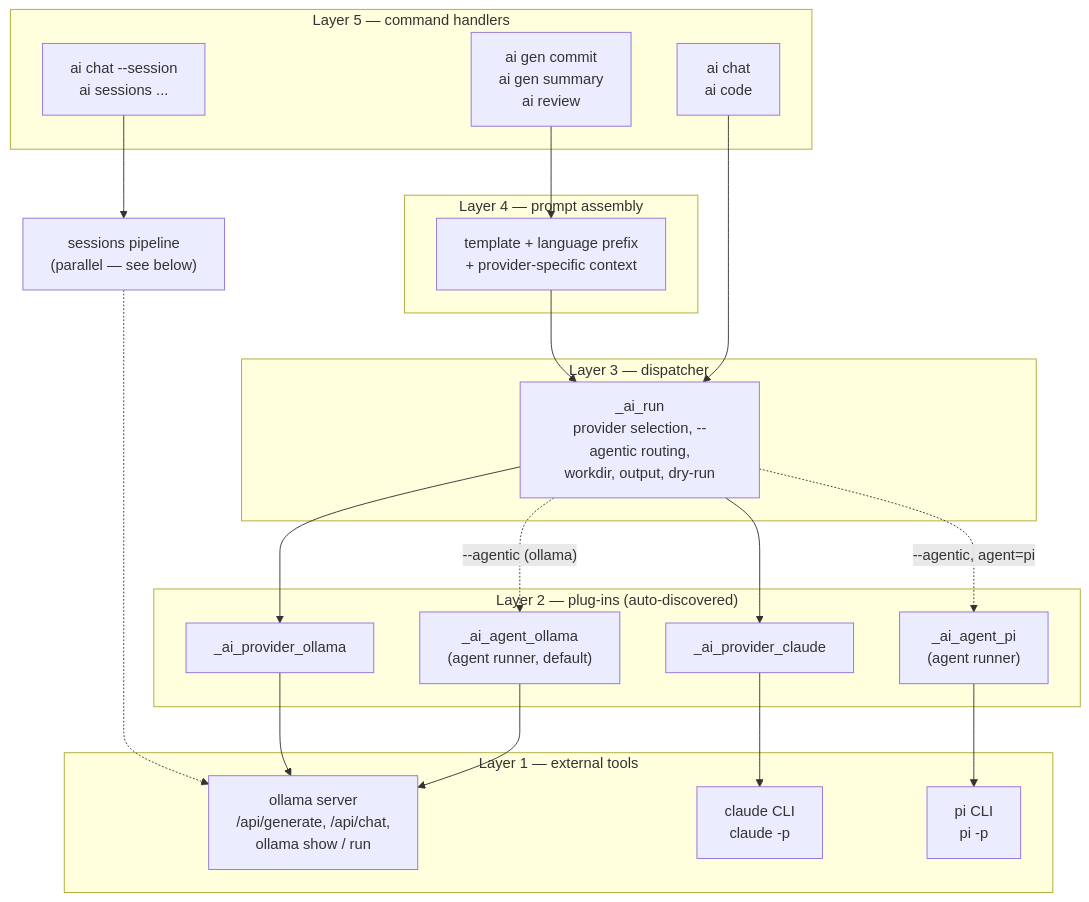
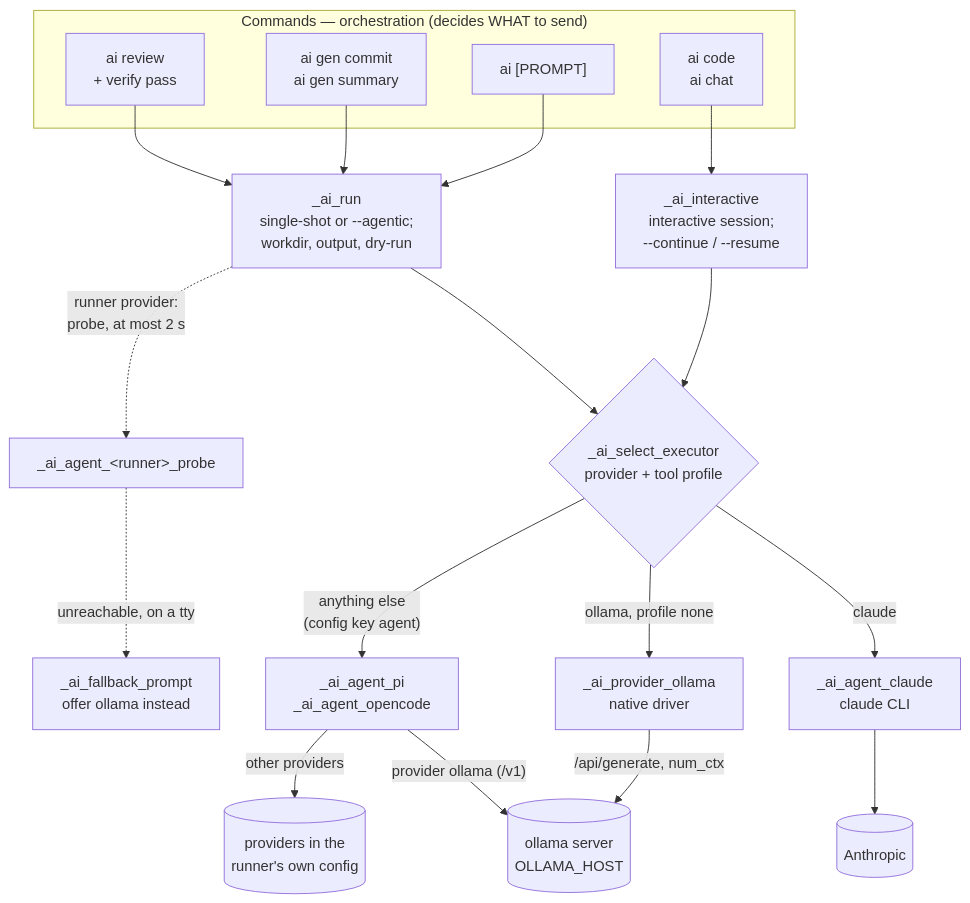
The diagram in docs/fish/ai/architecture.md (alnovis/dotfiles-mac), drawn with Mermaid before and after one commit. The commit also changed other lines of this file and 9 other files, not shown here.

First line of the commit message:
fix(ai): claude runner keeps interactive args; stale help and completion text

````diff
--- a/docs/fish/ai/architecture.md
+++ b/docs/fish/ai/architecture.md
@@ -21,45 +28,32 @@
 ```mermaid
 flowchart TD
-    subgraph L5["Layer 5 — command handlers"]
-        cmd_gen["ai gen commit<br/>ai gen summary<br/>ai review"]
-        cmd_chat["ai chat<br/>ai code"]
-        cmd_sess["ai chat --session<br/>ai sessions ..."]
+    subgraph ORCH["Commands — orchestration (decides WHAT to send)"]
+        review["ai review<br/>+ verify pass"]
+        gen["ai gen commit<br/>ai gen summary"]
+        top["ai [PROMPT]"]
+        inter["ai code<br/>ai chat"]
     end
 
-    subgraph L4["Layer 4 — prompt assembly"]
-        assembly["template + language prefix<br/>+ provider-specific context"]
-    end
+    run["_ai_run<br/>single-shot or --agentic;<br/>workdir, output, dry-run"]
+    interactive["_ai_interactive<br/>interactive session;<br/>--continue / --resume"]
+    sel{"_ai_select_executor<br/>provider + tool profile"}
 
-    subgraph L3["Layer 3 — dispatcher"]
-        dispatch["_ai_run<br/>provider selection, --agentic routing,<br/>workdir, output, dry-run"]
-    end
+    review --> run
+    gen --> run
+    top --> run
+    inter --> interactive
+    run --> sel
+    interactive --> sel
 
-    subgraph L2["Layer 2 — plug-ins (auto-discovered)"]
-        p_ollama["_ai_provider_ollama"]
-        p_claude["_ai_provider_claude"]
-        a_ollama["_ai_agent_ollama<br/>(agent runner, default)"]
-        a_pi["_ai_agent_pi<br/>(agent runner)"]
-    end
+    sel -->|"claude"| claude["_ai_agent_claude<br/>claude CLI"]
+    sel -->|"ollama, profile none"| native["_ai_provider_ollama<br/>native driver"]
+    sel -->|"anything else<br/>(config key agent)"| runner["_ai_agent_pi<br/>_ai_agent_opencode"]
 
-    subgraph L1["Layer 1 — external tools"]
-        t_ollama["ollama server<br/>/api/generate, /api/chat,<br/>ollama show / run"]
-        t_claude["claude CLI<br/>claude -p"]
-        t_pi["pi CLI<br/>pi -p"]
-    end
+    run -.->|"runner provider:<br/>probe, at most 2 s"| probe["_ai_agent_&lt;runner&gt;_probe"]
+    probe -.->|"unreachable, on a tty"| fallback["_ai_fallback_prompt<br/>offer ollama instead"]
 
-    sessions_pipeline["sessions pipeline<br/>(parallel — see below)"]
-
-    cmd_gen --> assembly
-    assembly --> dispatch
-    cmd_chat --> dispatch
-    cmd_sess --> sessions_pipeline
-    dispatch --> p_ollama
-    dispatch --> p_claude
-    dispatch -.->|"--agentic (ollama)"| a_ollama
-    dispatch -.->|"--agentic, agent=pi"| a_pi
-    sessions_pipeline -.-> t_ollama
-    p_ollama --> t_ollama
-    a_ollama --> t_ollama
-    a_pi --> t_pi
-    p_claude --> t_claude
+    native -->|"/api/generate, num_ctx"| ollama[("ollama server<br/>OLLAMA_HOST")]
+    runner -->|"provider ollama (/v1)"| ollama
+    runner -->|"other providers"| cloud[("providers in the<br/>runner's own config")]
+    claude --> anthropic[("Anthropic")]
 ```
````
